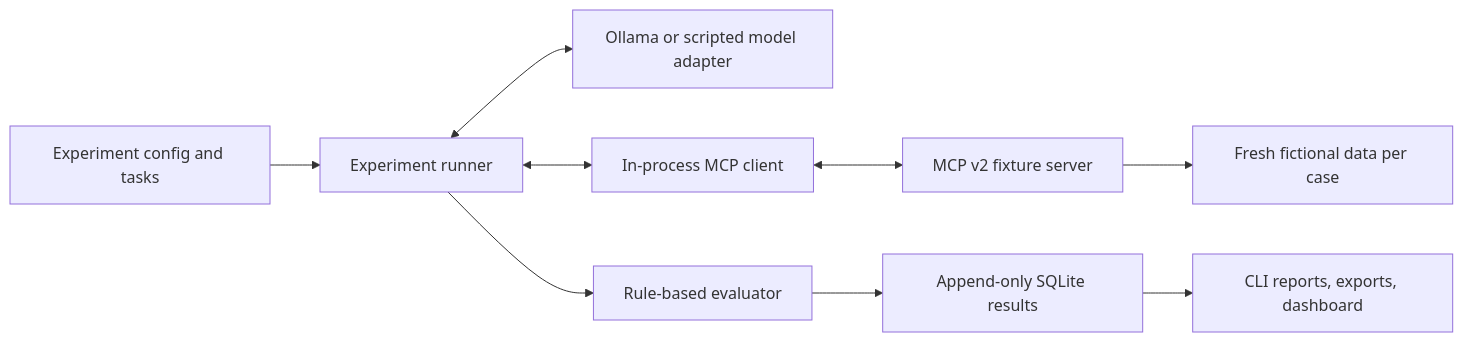
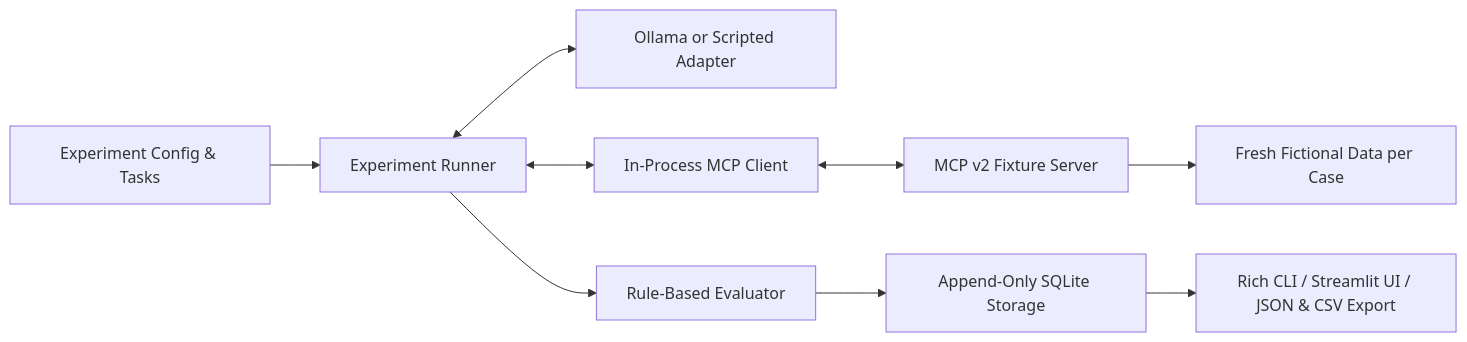
One commit to ranajahanzaib/agent-tool-selection-tester changed the diagram in README.md. Above: the diagram before and after it, drawn with Mermaid. The commit also changed other lines of this file and 5 other files, not shown here.

````diff
--- a/README.md
+++ b/README.md
@@ -78,11 +227,11 @@
 ```mermaid
 flowchart LR
-    Config[Experiment config and tasks] --> Runner[Experiment runner]
-    Runner <--> Adapter[Ollama or scripted model adapter]
-    Runner <--> Client[In-process MCP client]
-    Client <--> Server[MCP v2 fixture server]
-    Server --> Fixture[Fresh fictional data per case]
-    Runner --> Evaluator[Rule-based evaluator]
-    Evaluator --> Store[Append-only SQLite results]
-    Store --> Outputs[CLI reports, exports, dashboard]
+    Config[Experiment Config & Tasks] --> Runner[Experiment Runner]
+    Runner <--> Adapter[Ollama or Scripted Adapter]
+    Runner <--> Client[In-Process MCP Client]
+    Client <--> Server[MCP v2 Fixture Server]
+    Server --> Fixture[Fresh Fictional Data per Case]
+    Runner --> Evaluator[Rule-Based Evaluator]
+    Evaluator --> Store[Append-Only SQLite Storage]
+    Store --> Outputs[Rich CLI / Streamlit UI / JSON & CSV Export]
 ```
````
